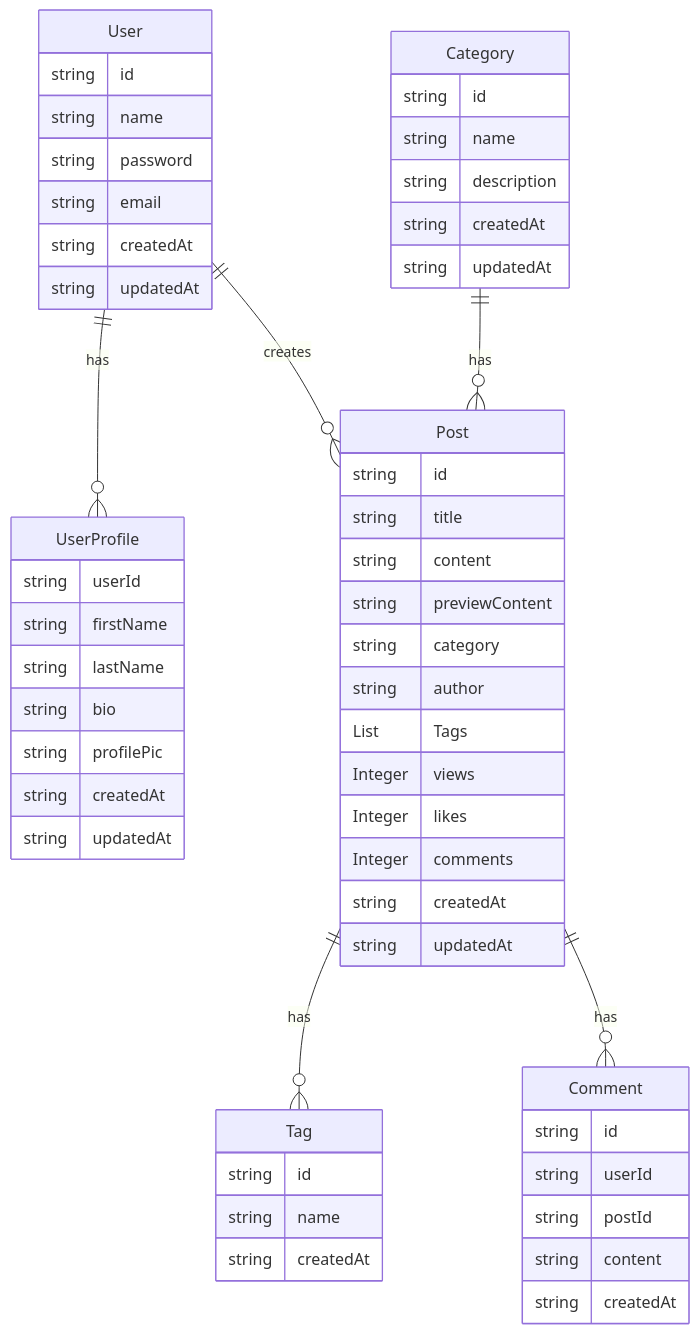
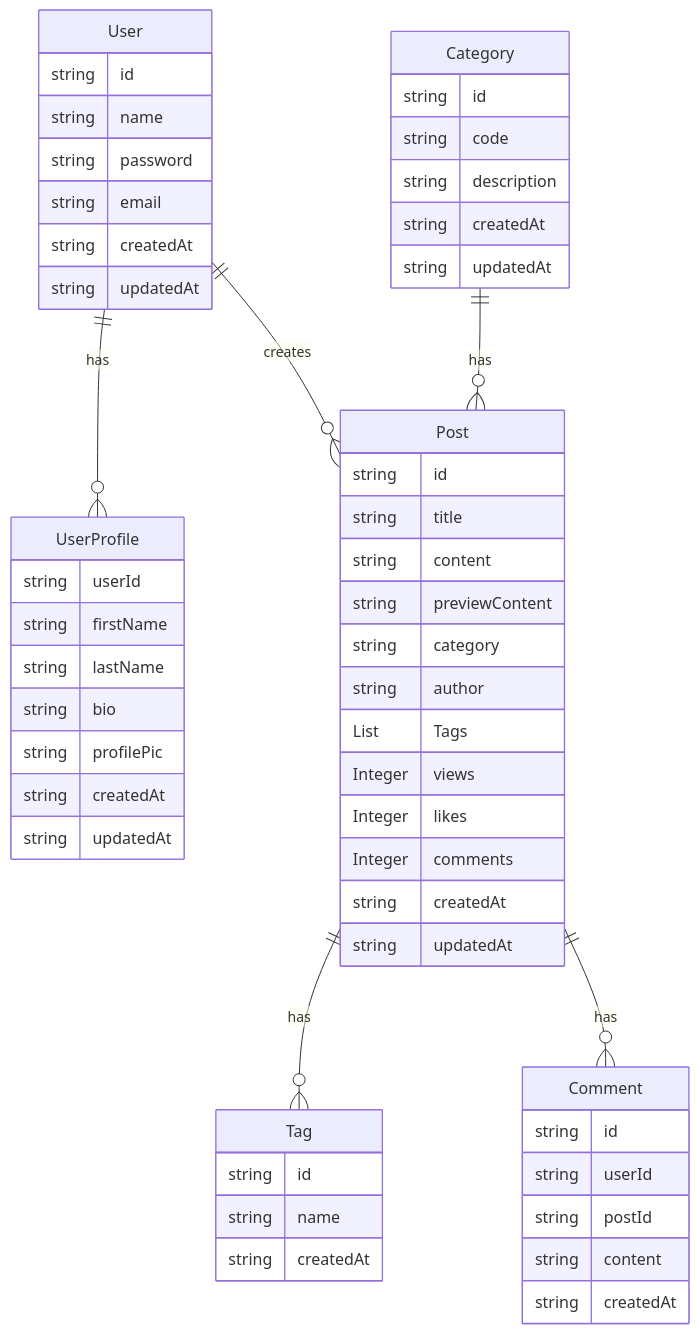
One commit to LokiSnow/cloudlab changed the diagram in docs/DbEntities.md. Above: the diagram before and after it, drawn with Mermaid. The commit also changed 6 other files, not shown here.

````diff
--- a/docs/DbEntities.md
+++ b/docs/DbEntities.md
@@ -3,64 +3,64 @@
 ```mermaid
 erDiagram
         User ||--o{ UserProfile : has
         User ||--o{ Post : creates
         Category ||--o{ Post : has
         Post ||--o{ Tag : has
         Post ||--o{ Comment : has
         
         Category {
             string id
-            string name
+            string code
             string description
             string createdAt
             string updatedAt
         }
 
         User {
             string id
             string name
             string password
             string email
             string createdAt
             string updatedAt
         }
 
         UserProfile {
             string userId
             string firstName
             string lastName
             string bio
             string profilePic
             string createdAt
             string updatedAt
         }
 
         Tag {
             string id
             string name
             string createdAt
         }
         
        Post{
             string id
             string title
             string content
             string previewContent
             string category
             string author
             List Tags
             Integer views
             Integer likes
             Integer comments
             string createdAt
             string updatedAt
         }
 
         Comment {
             string id
             string userId
             string postId
             string content
             string createdAt
         }
 ```
````
